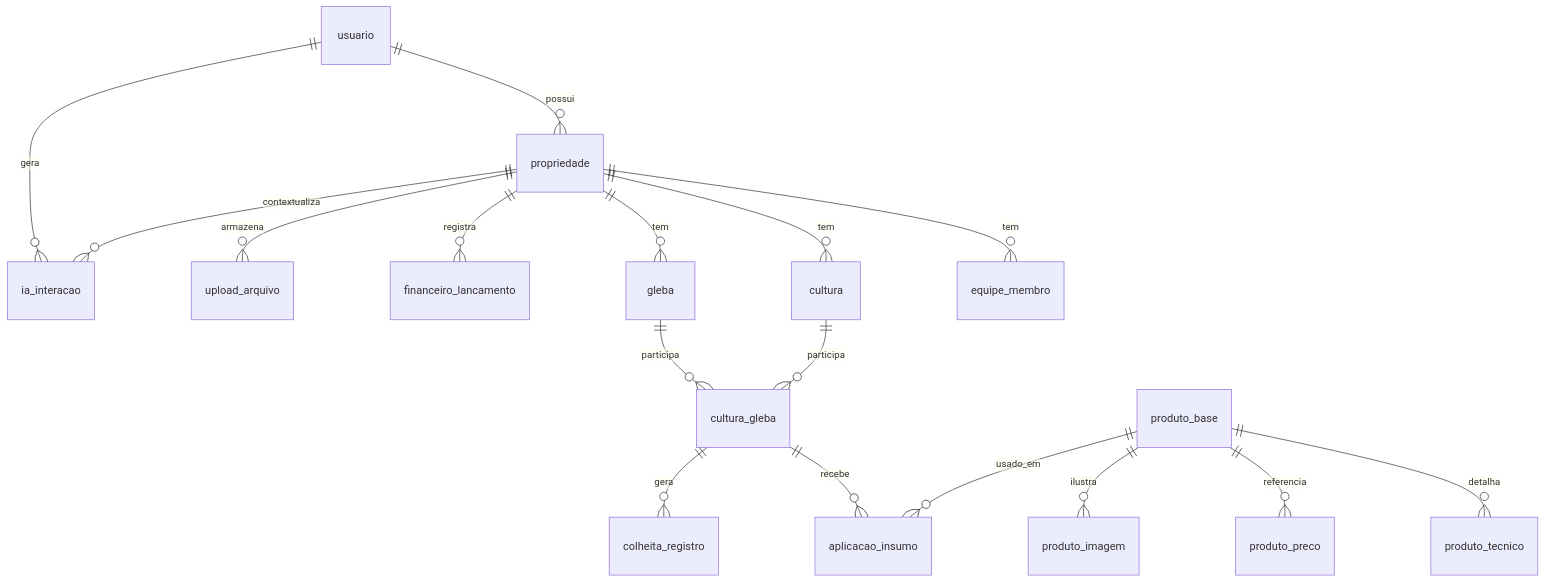
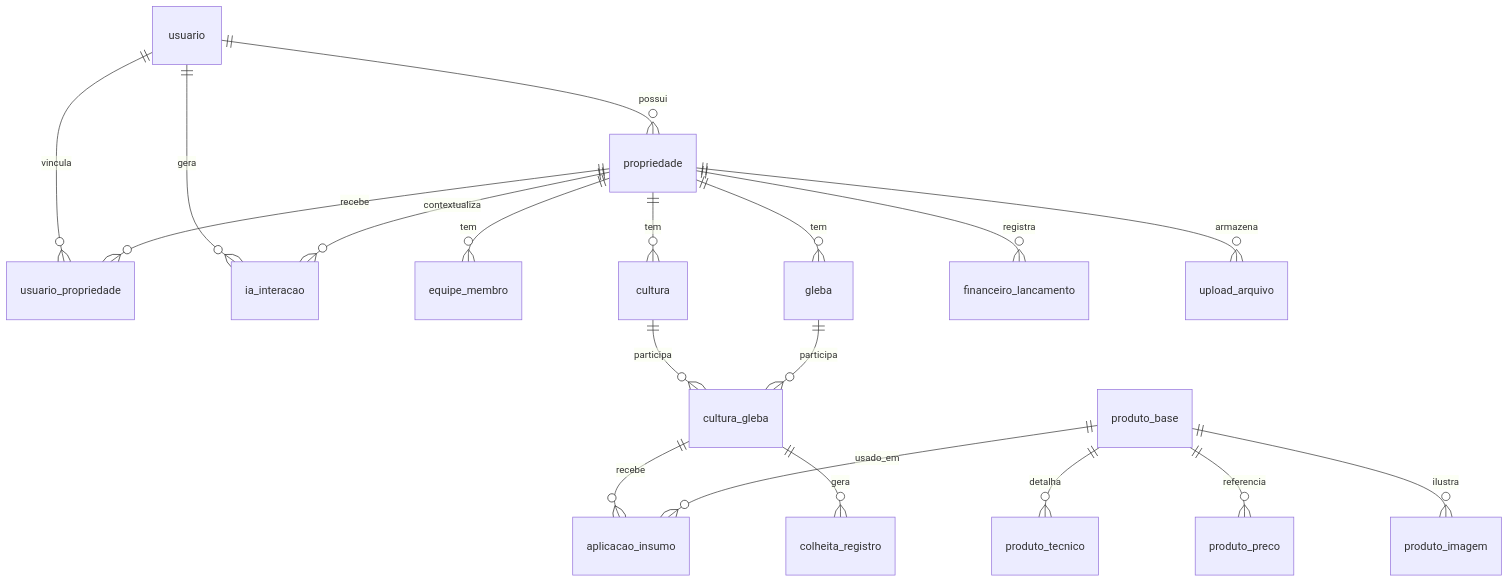
Before and after one commit to Helio965/Connectagro: the diagram in docs/04-modelagem-banco-der.md, drawn with Mermaid. The commit also changed other lines of this file and 31 other files, not shown here.

````diff
--- a/docs/04-modelagem-banco-der.md
+++ b/docs/04-modelagem-banco-der.md
@@ -316,22 +333,24 @@
 ```mermaid
 erDiagram
     usuario ||--o{ propriedade : possui
+    usuario ||--o{ usuario_propriedade : vincula
     usuario ||--o{ ia_interacao : gera
 
+    propriedade ||--o{ usuario_propriedade : recebe
     propriedade ||--o{ equipe_membro : tem
     propriedade ||--o{ cultura : tem
     propriedade ||--o{ gleba : tem
     propriedade ||--o{ financeiro_lancamento : registra
     propriedade ||--o{ upload_arquivo : armazena
     propriedade ||--o{ ia_interacao : contextualiza
 
     cultura ||--o{ cultura_gleba : participa
     gleba ||--o{ cultura_gleba : participa
     cultura_gleba ||--o{ aplicacao_insumo : recebe
     cultura_gleba ||--o{ colheita_registro : gera
 
     produto_base ||--o{ produto_tecnico : detalha
     produto_base ||--o{ produto_preco : referencia
     produto_base ||--o{ produto_imagem : ilustra
     produto_base ||--o{ aplicacao_insumo : usado_em
 ```
````
